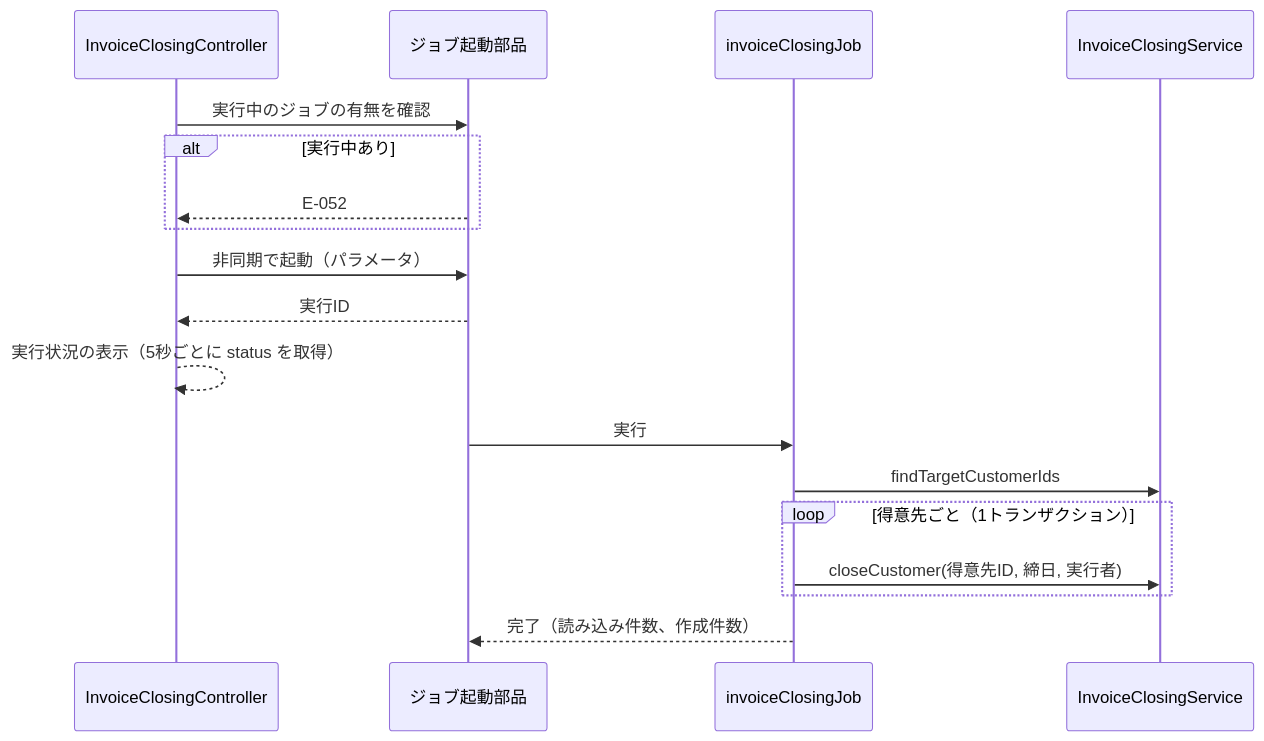
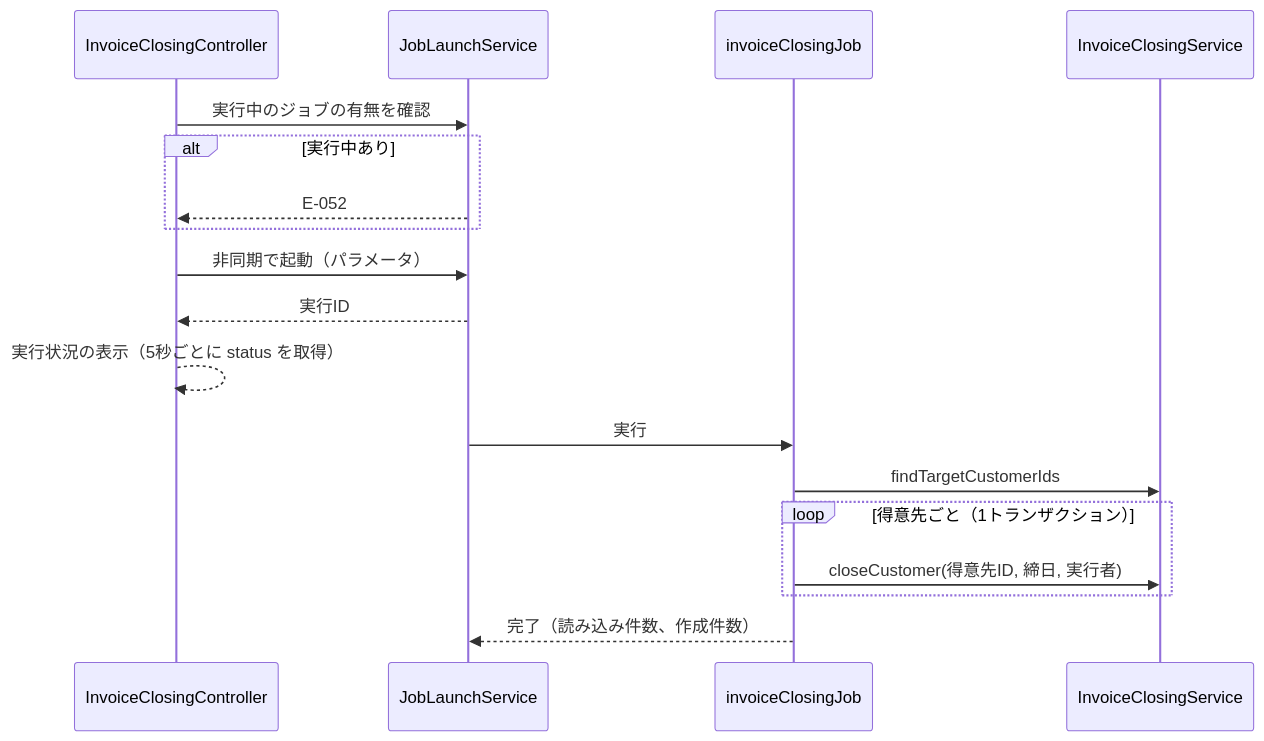
One commit to Casis009/sales-mgmt-portfolio changed the second of 2 diagrams in docs/ja/03_詳細設計/06_バッチ詳細設計.md. Above: the diagram before and after it, drawn with Mermaid. The commit also changed other lines of this file and 63 other files, not shown here.

````diff
--- a/docs/ja/03_詳細設計/06_バッチ詳細設計.md
+++ b/docs/ja/03_詳細設計/06_バッチ詳細設計.md
@@ -127,21 +139,21 @@
 ```mermaid
 sequenceDiagram
     participant UI as InvoiceClosingController
-    participant L as ジョブ起動部品
+    participant L as JobLaunchService
     participant J as invoiceClosingJob
     participant S as InvoiceClosingService
 
     UI->>L: 実行中のジョブの有無を確認
     alt 実行中あり
         L-->>UI: E-052
     end
     UI->>L: 非同期で起動（パラメータ）
     L-->>UI: 実行ID
     UI-->>UI: 実行状況の表示（5秒ごとに status を取得）
     L->>J: 実行
     J->>S: findTargetCustomerIds
     loop 得意先ごと（1トランザクション）
         J->>S: closeCustomer(得意先ID, 締日, 実行者)
     end
     J-->>L: 完了（読み込み件数、作成件数）
 ```
````
